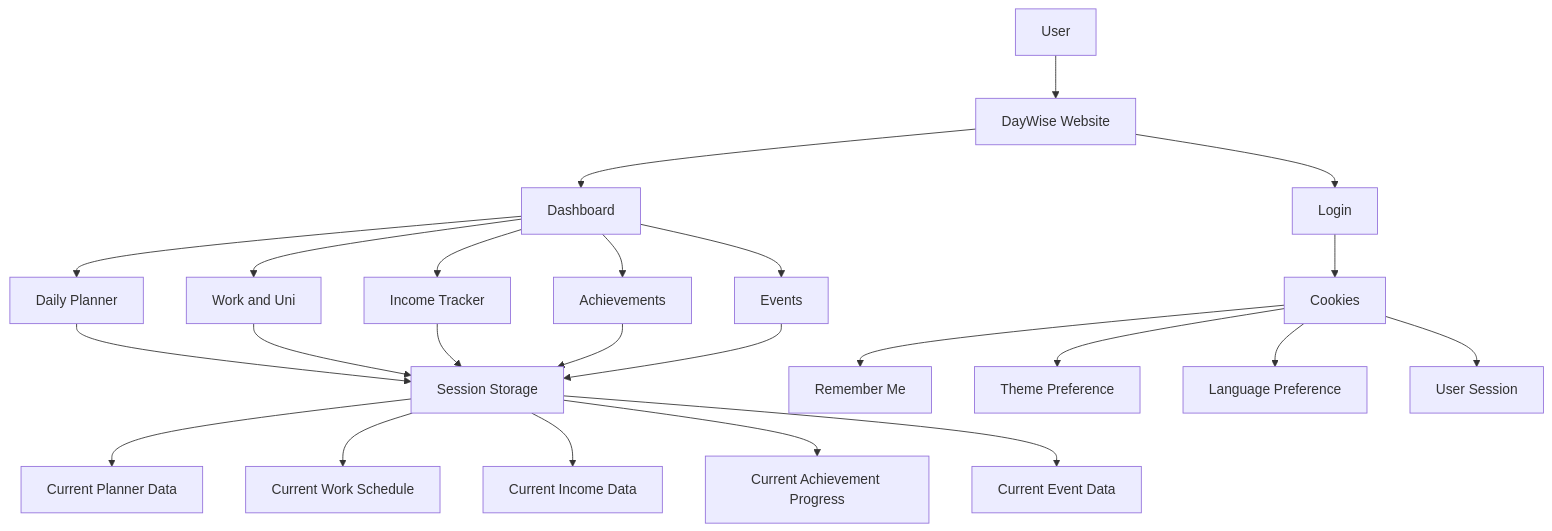
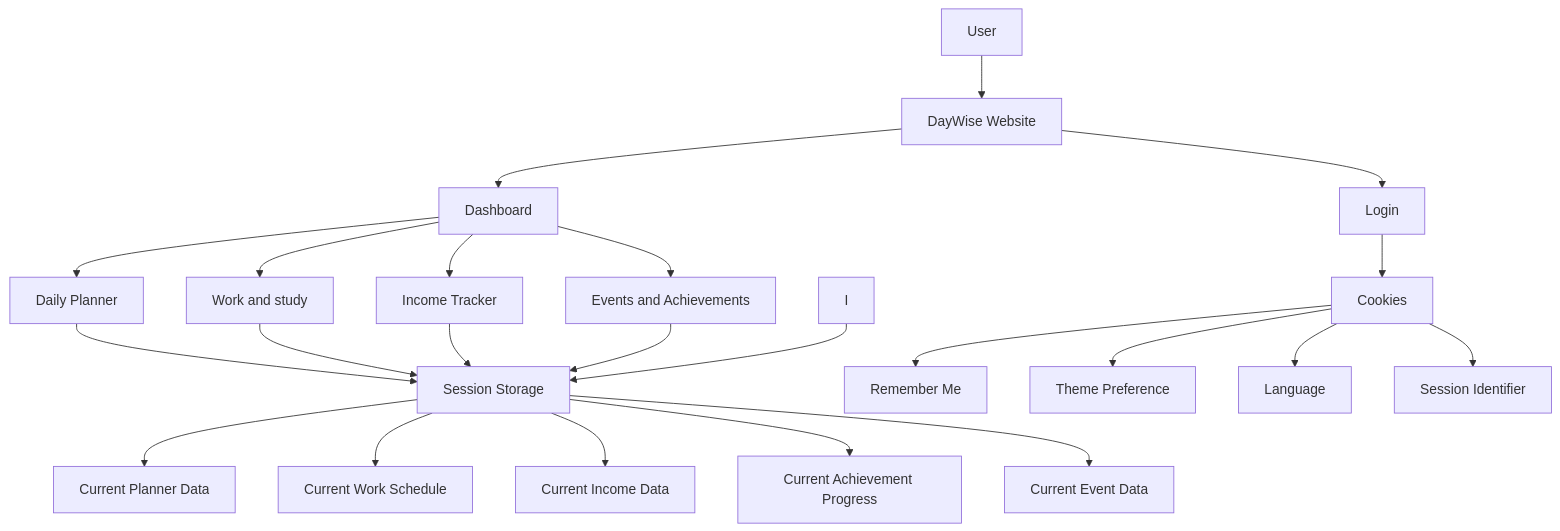
One commit to prabash0810/Group-A-C.S.D changed the diagram in README.md. Above: the diagram before and after it, drawn with Mermaid. The commit also changed other lines of this file and 8 other files, not shown here.

````diff
--- a/README.md
+++ b/README.md
@@ -3,35 +3,34 @@
 ```mermaid
 graph TD
 
     A[User] --> B[DayWise Website]
 
     B --> C[Login]
     B --> D[Dashboard]
 
     D --> E[Daily Planner]
-    D --> F[Work and Uni]
+    D --> F[Work and study]
     D --> G[Income Tracker]
-    D --> H[Achievements]
-    D --> I[Events]
+    D --> H[Events and Achievements]
 
     %% Session Storage
     E --> J[Session Storage]
     F --> J
     G --> J
     H --> J
     I --> J
 
     J --> J1[Current Planner Data]
     J --> J2[Current Work Schedule]
     J --> J3[Current Income Data]
     J --> J4[Current Achievement Progress]
     J --> J5[Current Event Data]
 
     %% Cookies
     C --> K[Cookies]
 
     K --> K1[Remember Me]
     K --> K2[Theme Preference]
-    K --> K3[Language Preference]
-    K --> K4[User Session]
+    K --> K3[Language]
+    K --> K4[Session Identifier]
 ```
````
